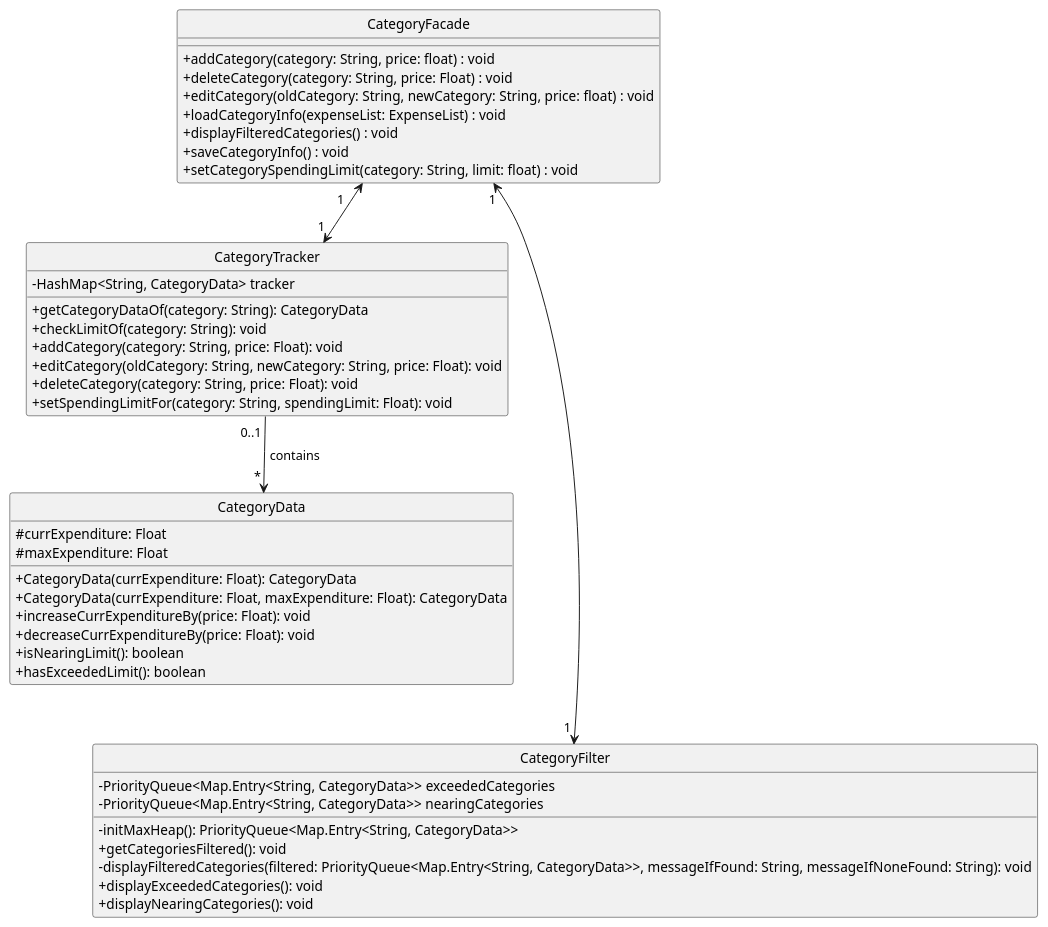
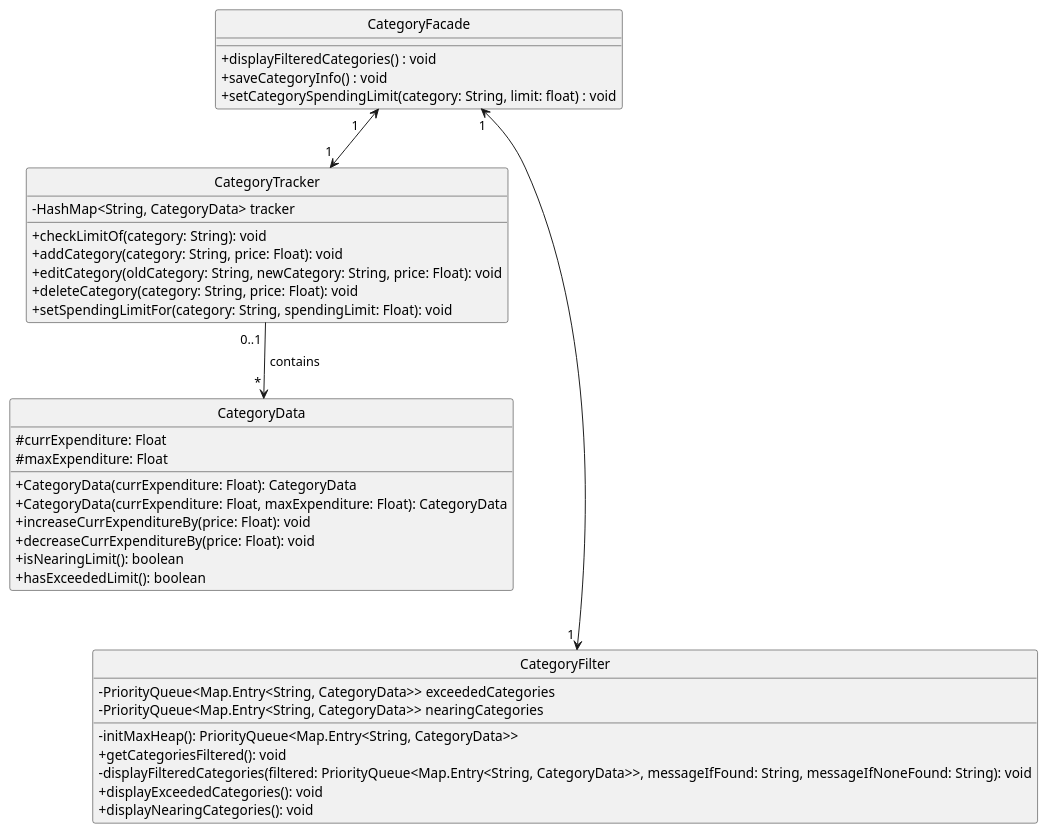
Before and after one commit to nus-cs2113-AY2425S1/tp: the diagram in docs/diagrams/plantuml/CategoryClasses ClassUML.puml, drawn with PlantUML.

Commit message:
Comment out attributes & methods that aren't planed to be discuss in DG

```diff
--- a/docs/diagrams/plantuml/CategoryClasses ClassUML.puml
+++ b/docs/diagrams/plantuml/CategoryClasses ClassUML.puml
@@ -1,70 +1,70 @@
 @startuml
 skinparam classAttributeIconSize 0
 hide circle
 
 ' class "<<Facade>> \n CategoryFacade" {
 class CategoryFacade {
-'    -CategoryTracker categoryTracker
-'    -CategoryFilter categoryFilter
-'    -CategoryStorage categoryStorage
+'    # categoryTracker : CategoryTracker
+'    # categoryFilter : CategoryFilter
+'    # categoryStorage : CategoryStorage
 
 '    +CategoryFacade()
 '    +getCategoryTracker(): CategoryTracker
-    +addCategory(category: String, price: float) : void
-    +deleteCategory(category: String, price: Float) : void
-    +editCategory(oldCategory: String, newCategory: String, price: float) : void
-    +loadCategoryInfo(expenseList: ExpenseList) : void
+'    +addCategory(category: String, price: float) : void
+'    +deleteCategory(category: String, price: Float) : void
+'    +editCategory(oldCategory: String, newCategory: String, price: float) : void
+'    +loadCategoryInfo(expenseList: ExpenseList) : void
     +displayFilteredCategories() : void
     +saveCategoryInfo() : void
     +setCategorySpendingLimit(category: String, limit: float) : void
 }
 
 class CategoryTracker {
     - HashMap<String, CategoryData> tracker
 
 '    + CategoryTracker()
 '    + getTracker(): HashMap<String, CategoryData>
 '    + size(): int
 '    + contains(category: String): boolean
-    +getCategoryDataOf(category: String): CategoryData
+'    +getCategoryDataOf(category: String): CategoryData
     +checkLimitOf(category: String): void
     +addCategory(category: String, price: Float): void
     +editCategory(oldCategory: String, newCategory: String, price: Float): void
     +deleteCategory(category: String, price: Float): void
     +setSpendingLimitFor(category: String, spendingLimit: Float): void
 }
 
 class CategoryData {
     #currExpenditure: Float
     #maxExpenditure: Float
 
     + CategoryData(currExpenditure: Float): CategoryData
     + CategoryData(currExpenditure: Float, maxExpenditure: Float): CategoryData
 '    + getCurrExpenditure(): Float
 '    + getMaxExpenditure(): Float
 '    + setCurrExpenditure(currExpenditure: Float): void
 '    + setMaxExpenditure(maxExpenditure: Float): void
     + increaseCurrExpenditureBy(price: Float): void
     + decreaseCurrExpenditureBy(price: Float): void
     + isNearingLimit(): boolean
     + hasExceededLimit(): boolean
 }
 
 class CategoryFilter {
 '    - CategoryFacade categoryFacade
     - PriorityQueue<Map.Entry<String, CategoryData>> exceededCategories
     - PriorityQueue<Map.Entry<String, CategoryData>> nearingCategories
 
 '    + setCategoryFacade(categoryFacade: CategoryFacade): void
     -initMaxHeap(): PriorityQueue<Map.Entry<String, CategoryData>>
     +getCategoriesFiltered(): void
     -displayFilteredCategories(filtered: PriorityQueue<Map.Entry<String, CategoryData>>, messageIfFound: String, messageIfNoneFound: String): void
     +displayExceededCategories(): void
     +displayNearingCategories(): void
 }
 
 CategoryFacade " 1    " <-d-> " 1 " CategoryTracker
 CategoryFacade " 1 " <---d-> " 1 " CategoryFilter
 CategoryTracker " 0..1 " -d-> " * " CategoryData : " contains "
 
 @enduml
```
